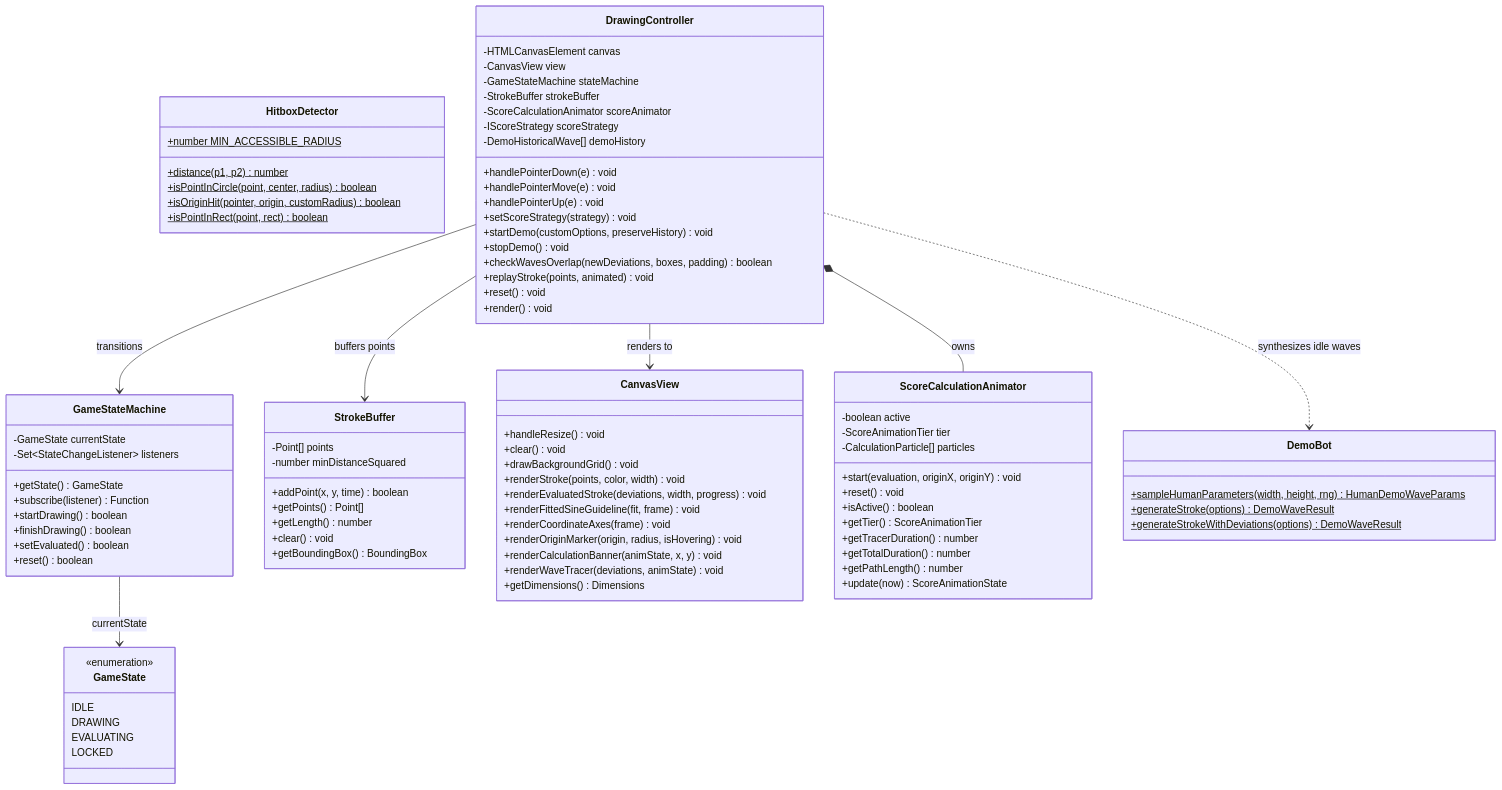
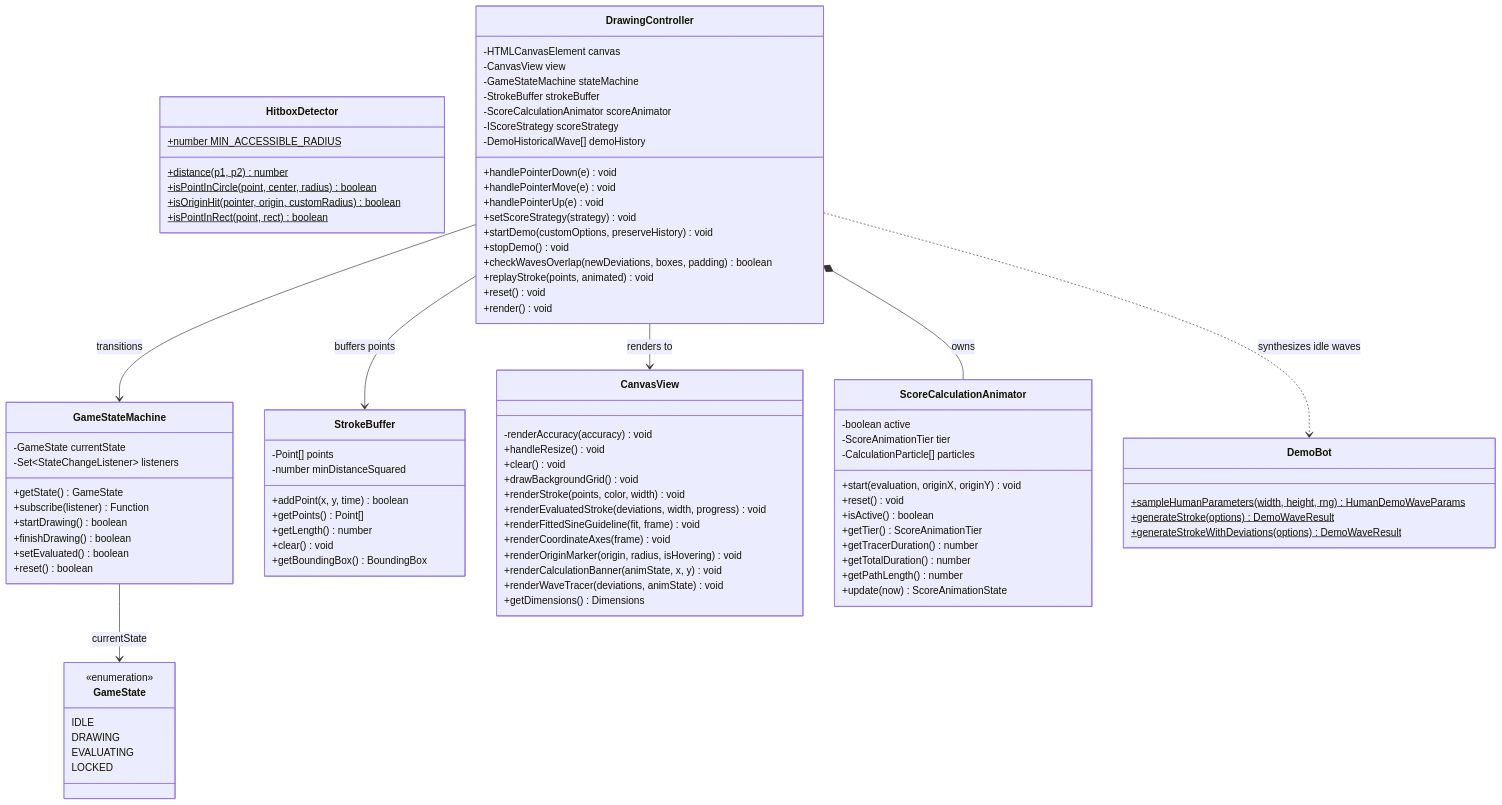
One commit to maxmmueller/perfect-sine changed the first of 5 diagrams in docs/ARCHITECTURE.md. Above: the diagram before and after it, drawn with Mermaid. The commit also changed other lines of this file and 40 other files, not shown here.

```diff
--- a/docs/ARCHITECTURE.md
+++ b/docs/ARCHITECTURE.md
@@ -95,6 +103,7 @@
     }
 
     class CanvasView {
+        -renderAccuracy(accuracy) void
         +handleResize() void
         +clear() void
         +drawBackgroundGrid() void
```
